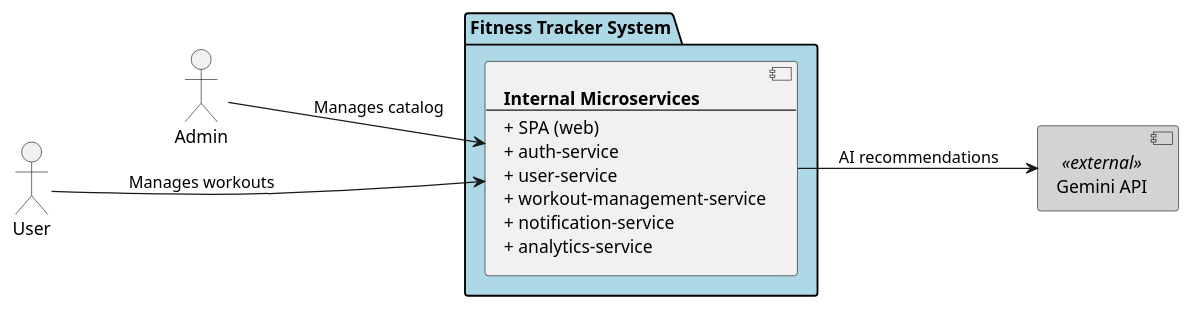
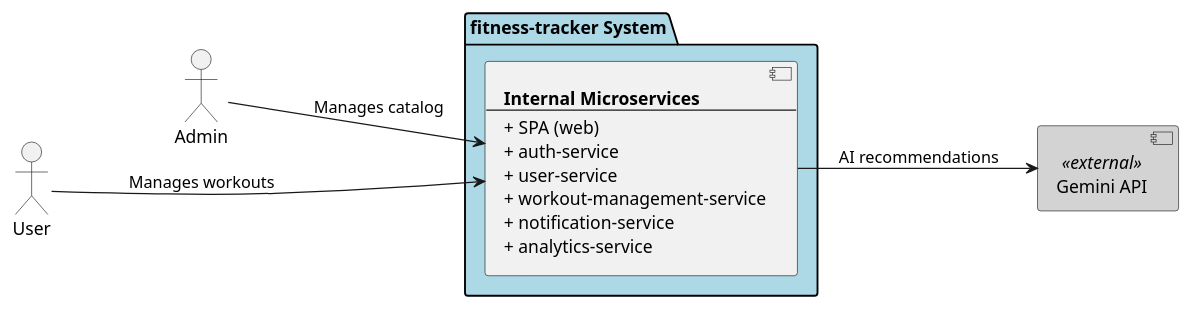
Before and after one commit to apratt3377/fitness-tracker: the diagram in arc42/images/building-blocks-starter.puml, drawn with PlantUML. The commit also changed 45 other files, not shown here.

```diff
--- a/arc42/images/building-blocks-starter.puml
+++ b/arc42/images/building-blocks-starter.puml
@@ -1,35 +1,35 @@
 @startuml
 ' Forces the left-to-right flow
 left to right direction
 skinparam componentStyle uml2
 
 ' 1. Define Actors
 actor User
 actor Admin
 
 ' 2. Force Admin below User on the left side
 User -[hidden]down-> Admin
 
 ' 3. Define the External System on the far right
 component "Gemini API" as gemini <<external>> #LightGray
 
 ' 4. Define your Internal System with the list format
-package "Fitness Tracker System" #LightBlue {
+package "fitness-tracker System" #LightBlue {
   component ft [
     <b>Internal Microservices</b>
     --
     + SPA (web)
     + auth-service
     + user-service
     + workout-management-service
     + notification-service
     + analytics-service
   ]
 }
 
 ' 5. Relationships
 User --> ft : "Manages workouts"
 Admin --> ft : "Manages catalog"
 ft --> gemini : "AI recommendations"
 
 @enduml
```
